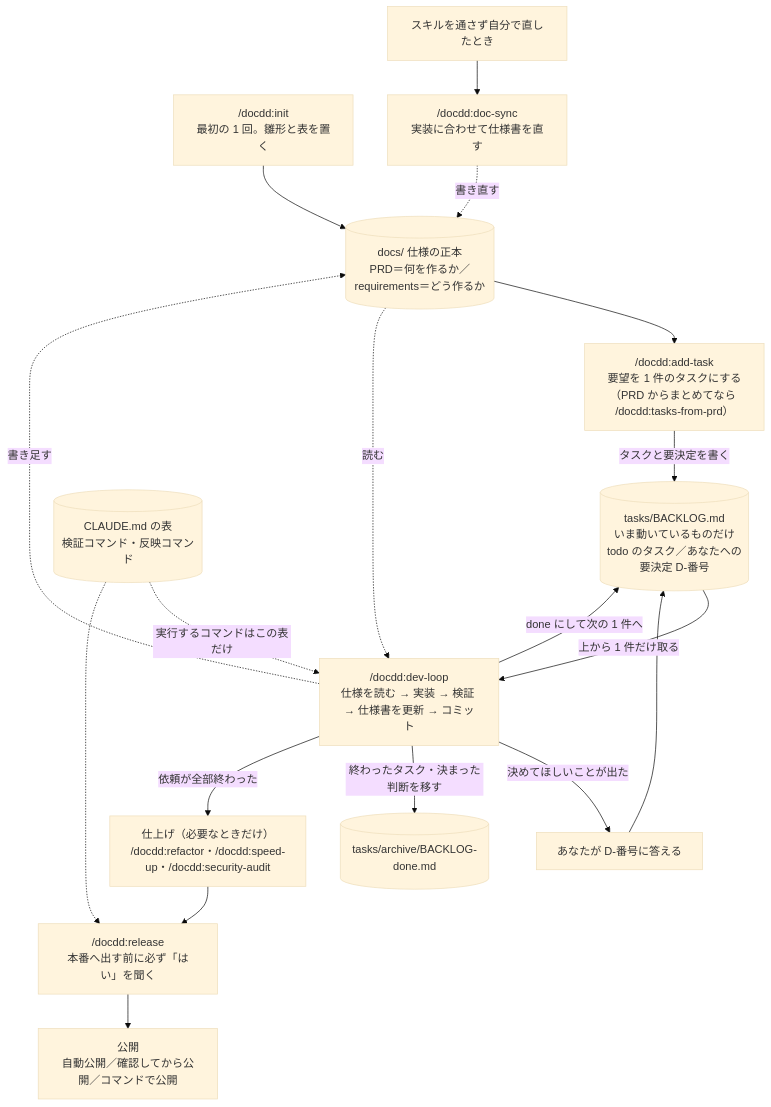
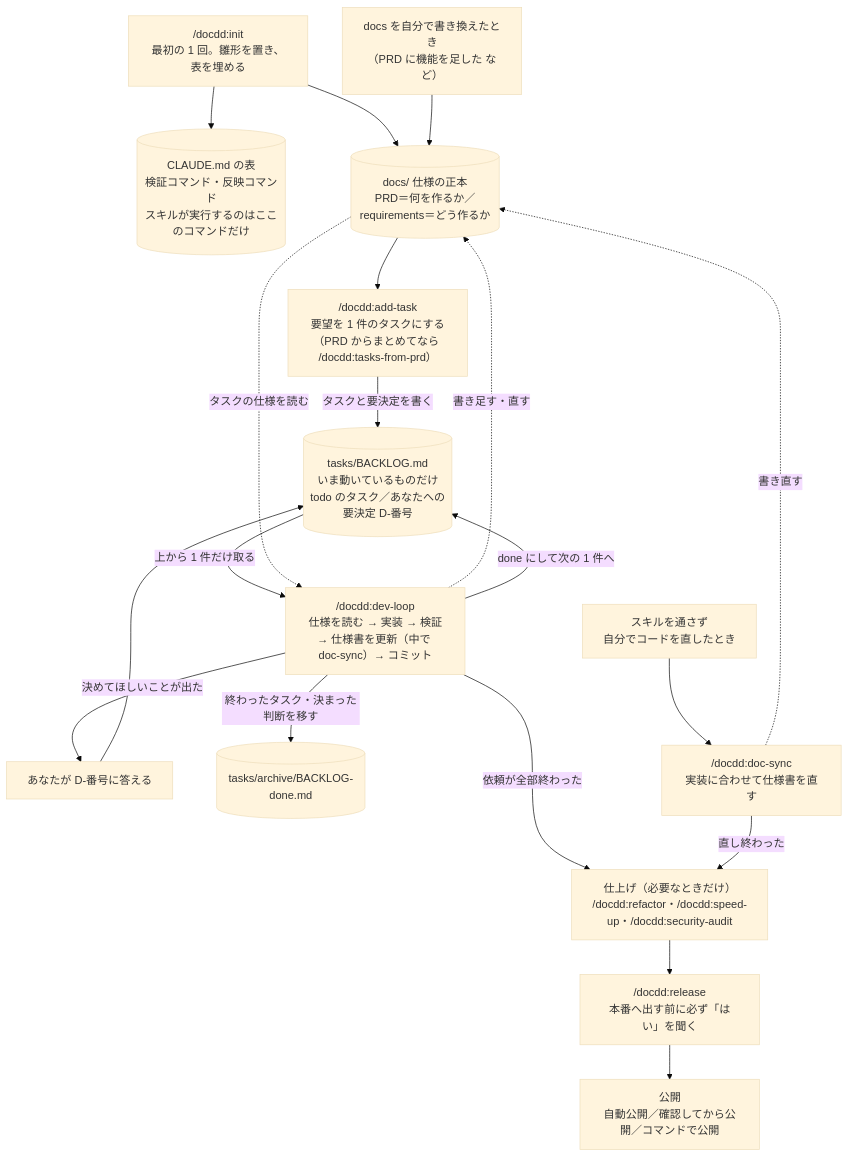
Before and after one commit to no1013kota/claude-docdd-dev-kit: the diagram in README.md, drawn with Mermaid (base theme). The commit also changed other lines of this file and 2 other files, not shown here.

Commit message:
docs: 全体像の図に「docs を自分で書き換えたとき」を足し、doc-sync と表の矢印を直す
- 入口に「docs を自分で書き換えたとき」（docs → add-task）を足した
- 「自分でコードを直したとき → doc-sync」を下へ移し、docs と仕上げの両方へ矢印を引いた
- 「CLAUDE.md の表」は init が埋め、スキルが実行するのはここのコマンドだけ、と箱に書いた

````diff
--- a/README.md
+++ b/README.md
@@ -12,20 +12,22 @@
 ```mermaid
 flowchart TD
-  I["/docdd:init<br/>最初の 1 回。雛形と表を置く"] --> S
+  I["/docdd:init<br/>最初の 1 回。雛形を置き、表を埋める"] --> C[("CLAUDE.md の表<br/>検証コマンド・反映コマンド<br/>スキルが実行するのはここのコマンドだけ")]
+  I --> S
+  Y["docs を自分で書き換えたとき<br/>（PRD に機能を足した など）"] --> S
   S[("docs/ 仕様の正本<br/>PRD＝何を作るか／requirements＝どう作るか")] --> A["/docdd:add-task<br/>要望を 1 件のタスクにする<br/>（PRD からまとめてなら /docdd:tasks-from-prd）"]
   A -->|タスクと要決定を書く| B[("tasks/BACKLOG.md<br/>いま動いているものだけ<br/>todo のタスク／あなたへの要決定 D-番号")]
-  B -->|上から 1 件だけ取る| D["/docdd:dev-loop<br/>仕様を読む → 実装 → 検証 → 仕様書を更新 → コミット"]
-  S -.->|読む| D
-  D -.->|書き足す| S
+  B -->|上から 1 件だけ取る| D["/docdd:dev-loop<br/>仕様を読む → 実装 → 検証<br/>→ 仕様書を更新（中で doc-sync）→ コミット"]
+  S -.->|タスクの仕様を読む| D
+  D -.->|書き足す・直す| S
   D -->|決めてほしいことが出た| Q["あなたが D-番号に答える"]
   Q --> B
   D -->|done にして次の 1 件へ| B
   D -->|終わったタスク・決まった判断を移す| AR[("tasks/archive/BACKLOG-done.md")]
-  X["スキルを通さず自分で直したとき"] --> DS["/docdd:doc-sync<br/>実装に合わせて仕様書を直す"]
+  B ~~~ X
+  X["スキルを通さず<br/>自分でコードを直したとき"] --> DS["/docdd:doc-sync<br/>実装に合わせて仕様書を直す"]
   DS -.->|書き直す| S
   D -->|依頼が全部終わった| F["仕上げ（必要なときだけ）<br/>/docdd:refactor・/docdd:speed-up・/docdd:security-audit"]
+  DS -->|直し終わった| F
   F --> R["/docdd:release<br/>本番へ出す前に必ず「はい」を聞く"]
   R --> L["公開<br/>自動公開／確認してから公開／コマンドで公開"]
-  C[("CLAUDE.md の表<br/>検証コマンド・反映コマンド")] -.->|実行するコマンドはこの表だけ| D
-  C -.-> R
 ```
````
